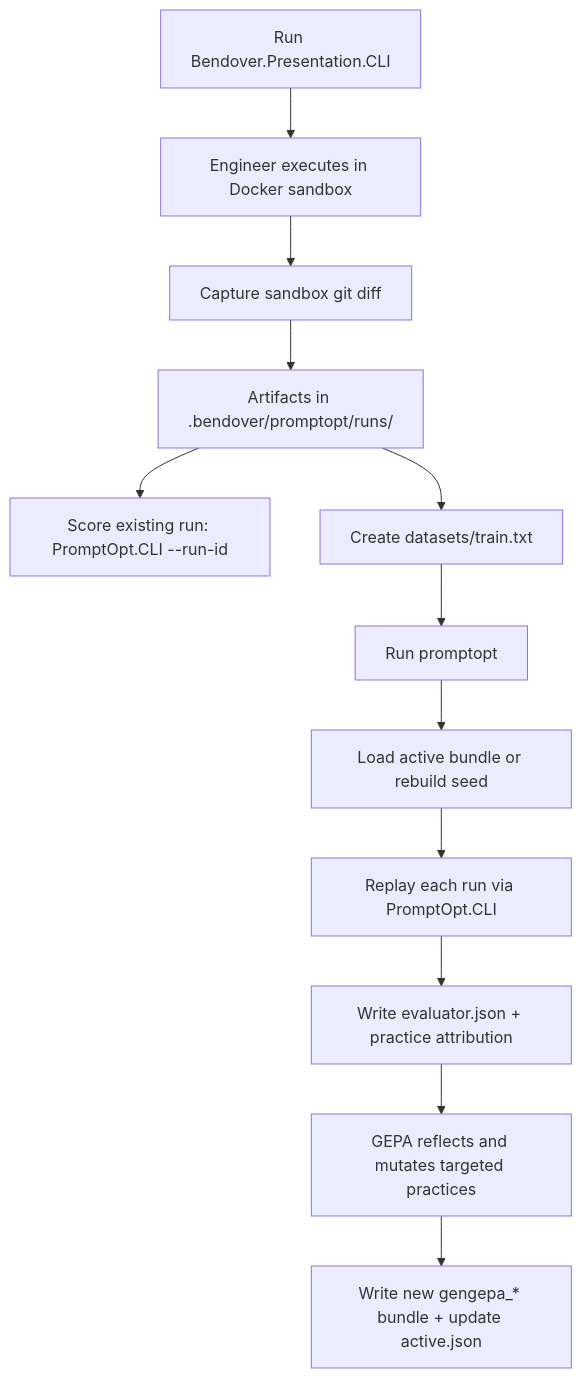
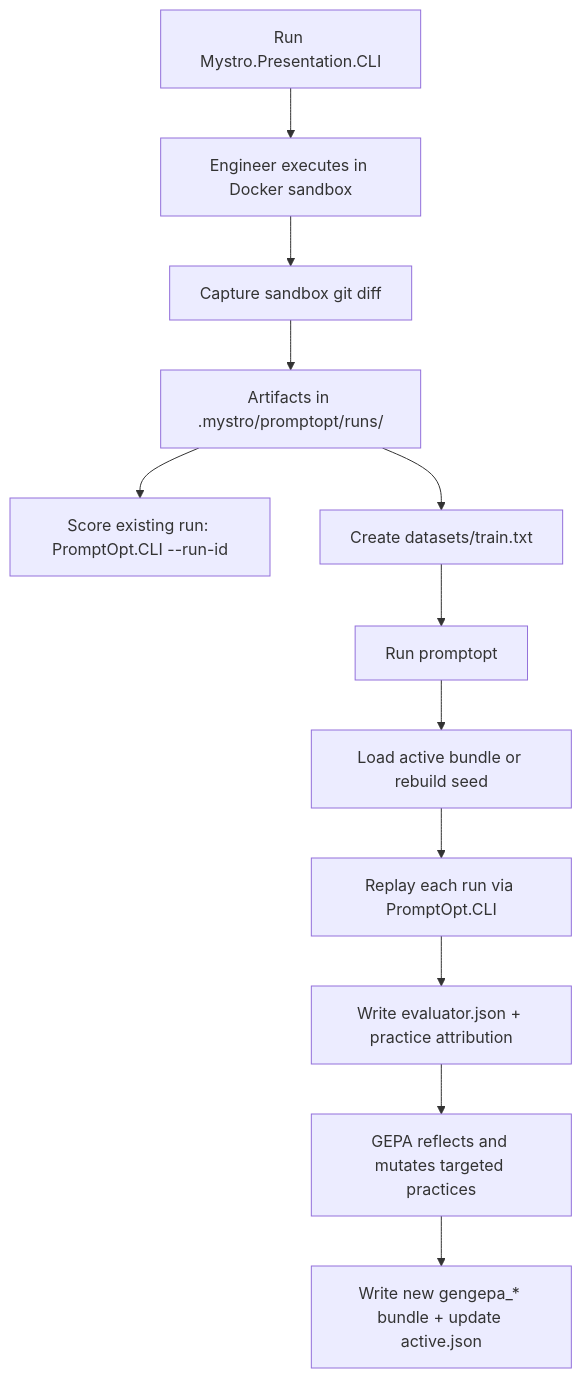
The diagram in README.md (ai-fwd/bendover), drawn with Mermaid before and after one commit. The commit also changed other lines of this file and 397 other files, not shown here.

````diff
--- a/README.md
+++ b/README.md
@@ -159,14 +157,14 @@
 ```mermaid
 flowchart TD
-  A[Run Bendover.Presentation.CLI] --> S[Engineer executes in Docker sandbox]
+  A[Run Mystro.Presentation.CLI] --> S[Engineer executes in Docker sandbox]
   S --> P[Capture sandbox git diff]
-  P --> B[Artifacts in .bendover/promptopt/runs/<run_id>]
+  P --> B[Artifacts in .mystro/promptopt/runs/<run_id>]
   B --> C[Score existing run: PromptOpt.CLI --run-id]
   B --> D[Create datasets/train.txt]
   D --> E[Run promptopt]
   E --> F[Load active bundle or rebuild seed]
   F --> G[Replay each run via PromptOpt.CLI]
   G --> H[Write evaluator.json + practice attribution]
   H --> I[GEPA reflects and mutates targeted practices]
   I --> J[Write new gengepa_* bundle + update active.json]
 ```
````
